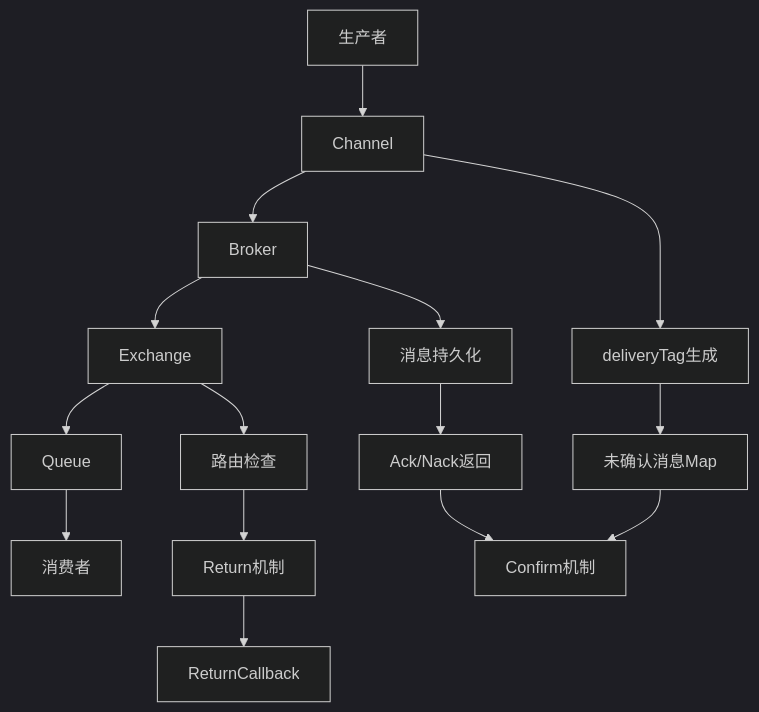
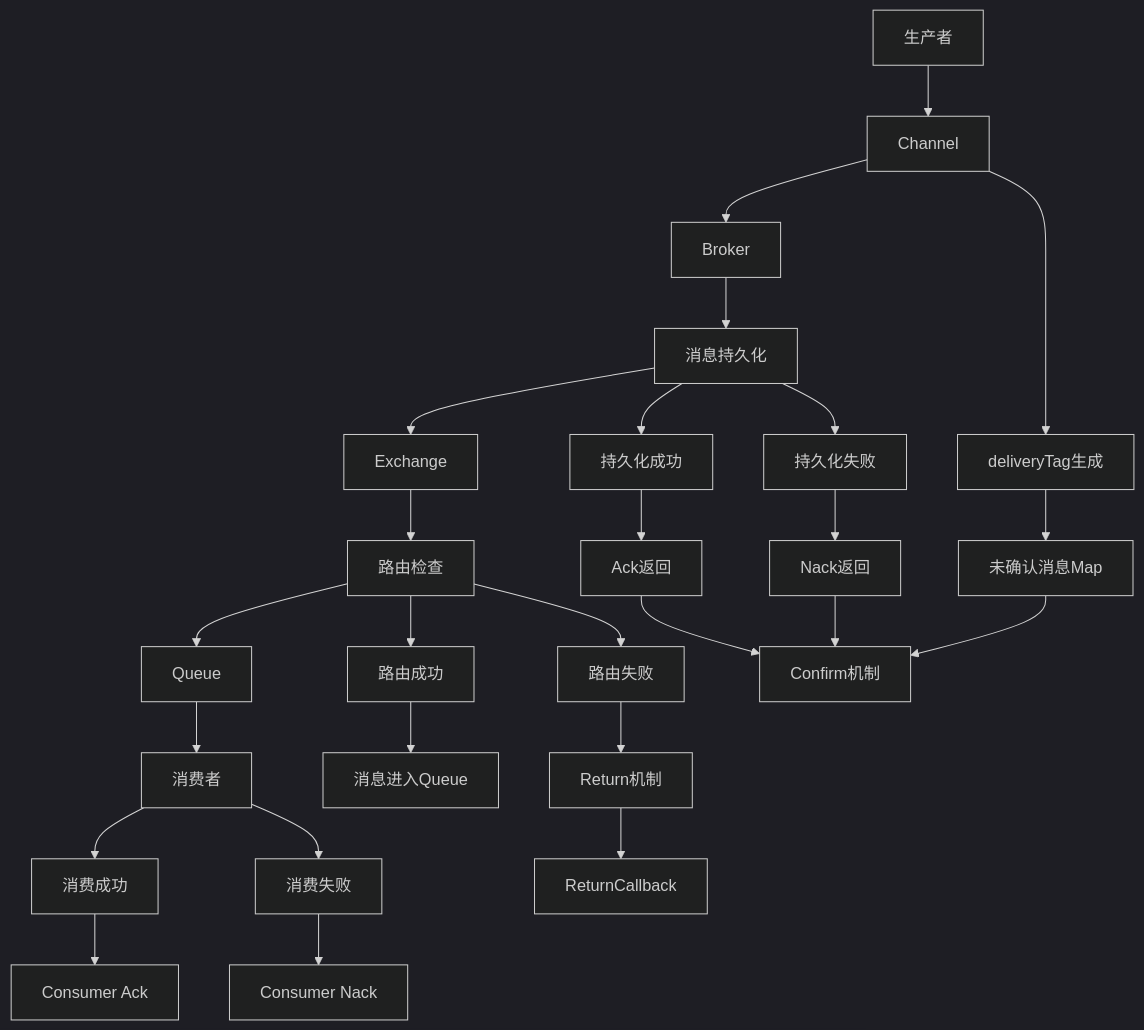
Before and after one commit to Yin123-ybh/Yin123-ybh.github.io: the diagram in content/post/RB-MQ/RabbitMQ生产者可靠性与确认机制全解析.md, drawn with Mermaid (dark theme). The commit also changed other lines of this file and 73 other files, not shown here.

````diff
--- a/content/post/RB-MQ/RabbitMQ生产者可靠性与确认机制全解析.md
+++ b/content/post/RB-MQ/RabbitMQ生产者可靠性与确认机制全解析.md
@@ -105,20 +105,35 @@
 ```mermaid
 graph TD
     A[生产者] --> B[Channel]
     B --> C[Broker]
-    C --> D[Exchange]
-    D --> E[Queue]
-    E --> F[消费者]
+    C --> D[消息持久化]
+    D --> E[Exchange]
+    E --> F[路由检查]
+    F --> G[Queue]
+    G --> H[消费者]
     
-    B --> G[deliveryTag生成]
-    G --> H[未确认消息Map]
-    H --> I[Confirm机制]
+    B --> I[deliveryTag生成]
+    I --> J[未确认消息Map]
+    J --> K[Confirm机制]
     
-    C --> J[消息持久化]
-    J --> K[Ack/Nack返回]
-    K --> I
+    D --> L[持久化成功]
+    L --> M[Ack返回]
+    M --> K
     
-    D --> L[路由检查]
-    L --> M[Return机制]
-    M --> N[ReturnCallback]
+    D --> N[持久化失败]
+    N --> O[Nack返回]
+    O --> K
+    
+    F --> P[路由成功]
+    P --> Q[消息进入Queue]
+    
+    F --> R[路由失败]
+    R --> S[Return机制]
+    S --> T[ReturnCallback]
+    
+    H --> U[消费成功]
+    U --> V[Consumer Ack]
+    
+    H --> W[消费失败]
+    W --> X[Consumer Nack]
 ```
````
